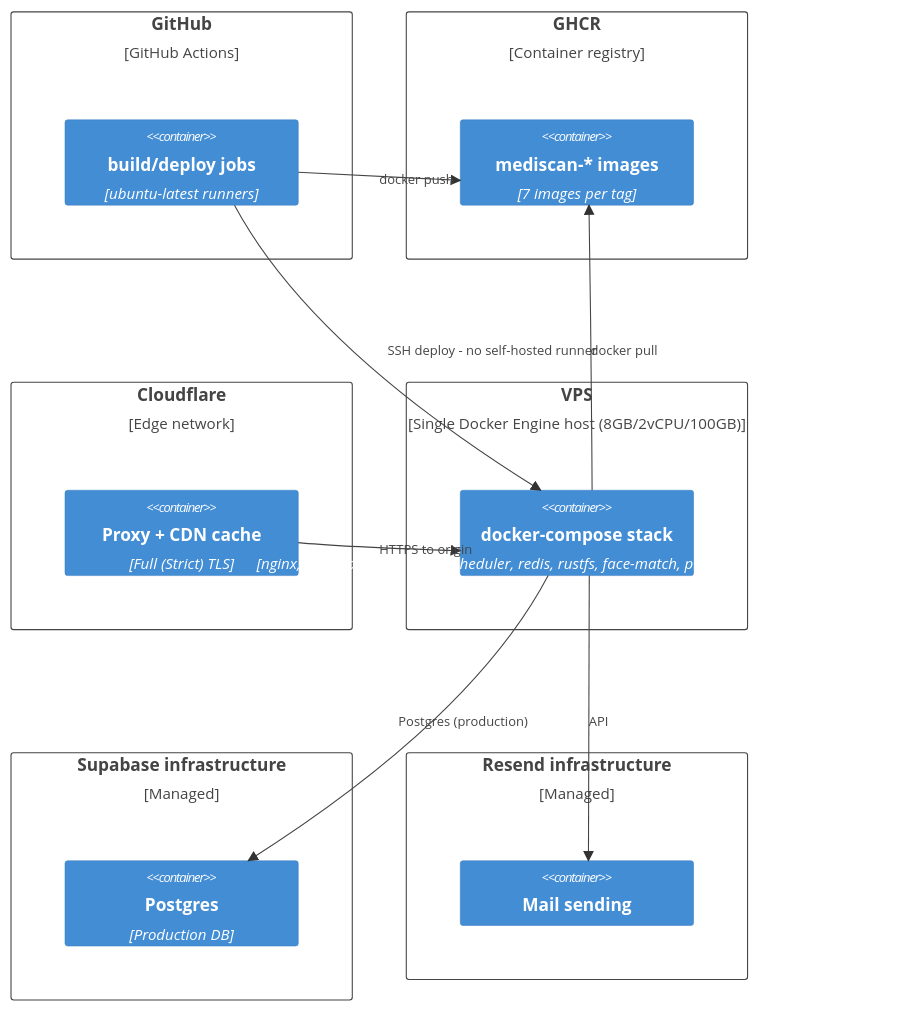
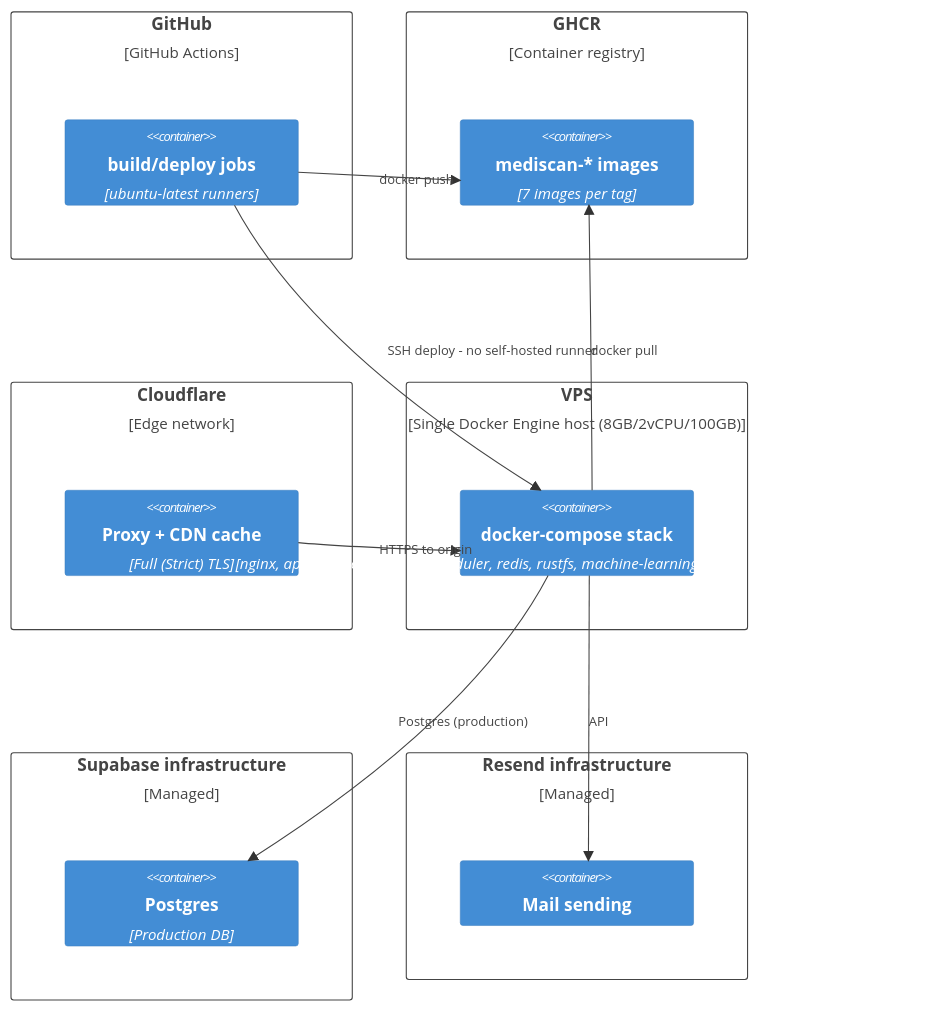
The third of 3 diagrams in docs/ARCHITECTURE.md (glenn-velasco/mediscan-404found), drawn with Mermaid before and after one commit. The commit also changed other lines of this file and 17 other files, not shown here.

First line of the commit message:
chore(ci): rename face-match service to machine-learning and update deploy config

````diff
--- a/docs/ARCHITECTURE.md
+++ b/docs/ARCHITECTURE.md
@@ -74,28 +74,28 @@
 ```mermaid
 C4Deployment
     Deployment_Node(gh, "GitHub", "GitHub Actions"){
         Container(actionsRunner, "build/deploy jobs", "ubuntu-latest runners")
     }
     Deployment_Node(ghcrNode, "GHCR", "Container registry"){
         Container(images, "mediscan-* images", "7 images per tag")
     }
     Deployment_Node(cf, "Cloudflare", "Edge network"){
         Container(edge, "Proxy + CDN cache", "Full (Strict) TLS")
     }
     Deployment_Node(vps, "VPS", "Single Docker Engine host (8GB/2vCPU/100GB)"){
-        Container(stack, "docker-compose stack", "nginx, app, horizon, reverb, scheduler, redis, rustfs, face-match, postgres (staging), observability")
+        Container(stack, "docker-compose stack", "nginx, app, horizon, reverb, scheduler, redis, rustfs, machine-learning, postgres (staging), observability")
     }
     Deployment_Node(supabaseInfra, "Supabase infrastructure", "Managed"){
         Container(pg, "Postgres", "Production DB")
     }
     Deployment_Node(resendInfra, "Resend infrastructure", "Managed"){
         Container(mail, "Mail sending", "")
     }
 
     Rel(actionsRunner, images, "docker push")
     Rel(actionsRunner, stack, "SSH deploy - no self-hosted runner")
     Rel(edge, stack, "HTTPS to origin")
     Rel(stack, images, "docker pull")
     Rel(stack, pg, "Postgres (production)")
     Rel(stack, mail, "API")
 ```
````
